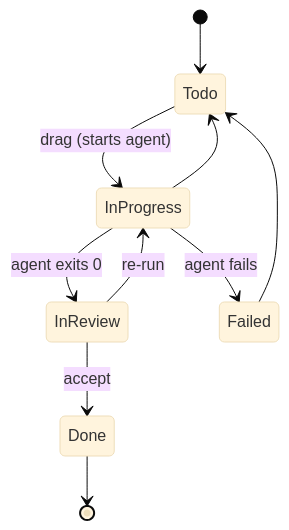
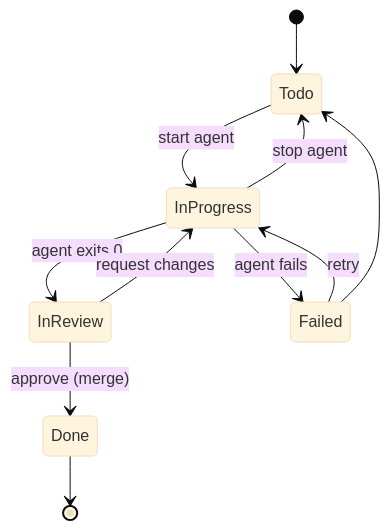
The second of 2 diagrams in README.md (YiJun12345/kanban-agents), drawn with Mermaid (base theme) before and after one commit. The commit also changed other lines of this file and 1 other file, not shown here.

Commit message:
Docs: README and study guide for the journal, review flow and agents

````diff
--- a/README.md
+++ b/README.md
@@ -56,12 +75,13 @@
 ```mermaid
 stateDiagram-v2
     [*] --> Todo
-    Todo --> InProgress: drag (starts agent)
+    Todo --> InProgress: start agent
     InProgress --> InReview: agent exits 0
     InProgress --> Failed: agent fails
-    InProgress --> Todo
-    InReview --> Done: accept
-    InReview --> InProgress: re-run
+    InProgress --> Todo: stop agent
+    InReview --> Done: approve (merge)
+    InReview --> InProgress: request changes
+    Failed --> InProgress: retry
     Failed --> Todo
     Done --> [*]
 ```
````
